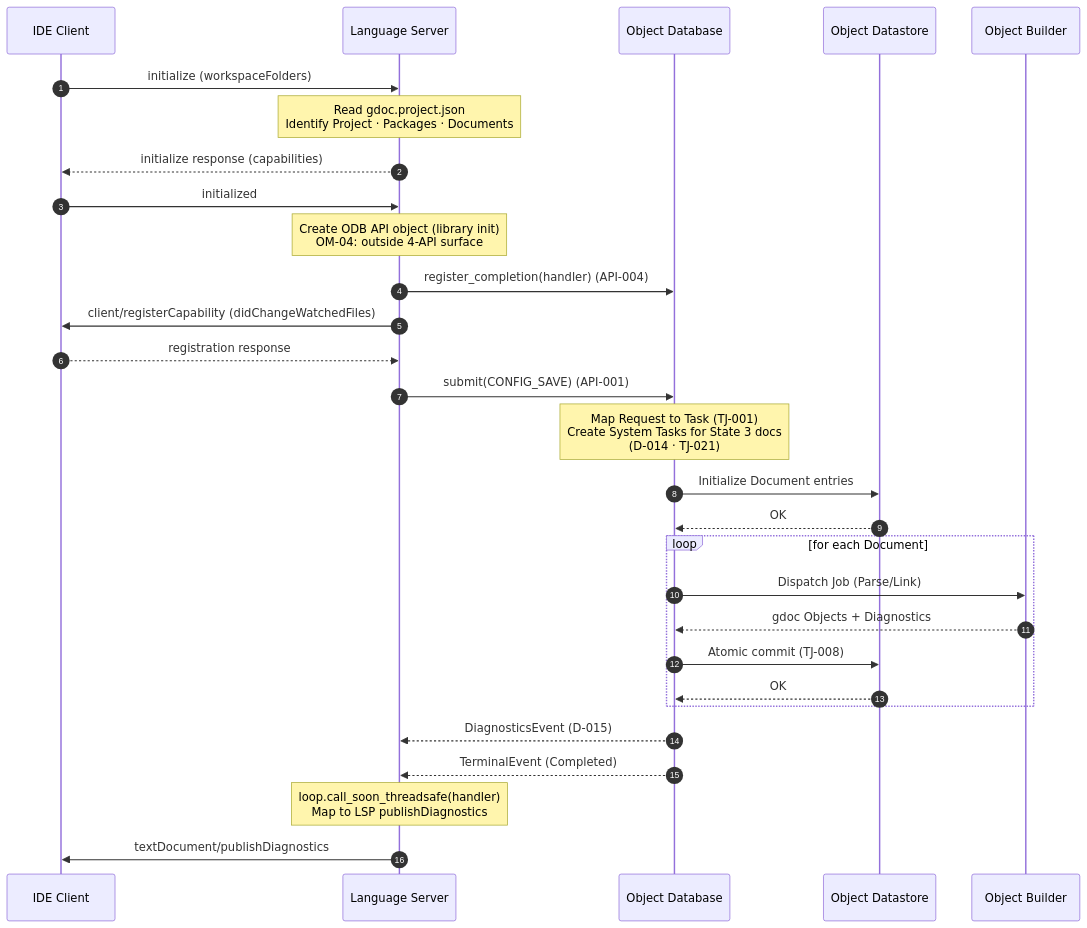
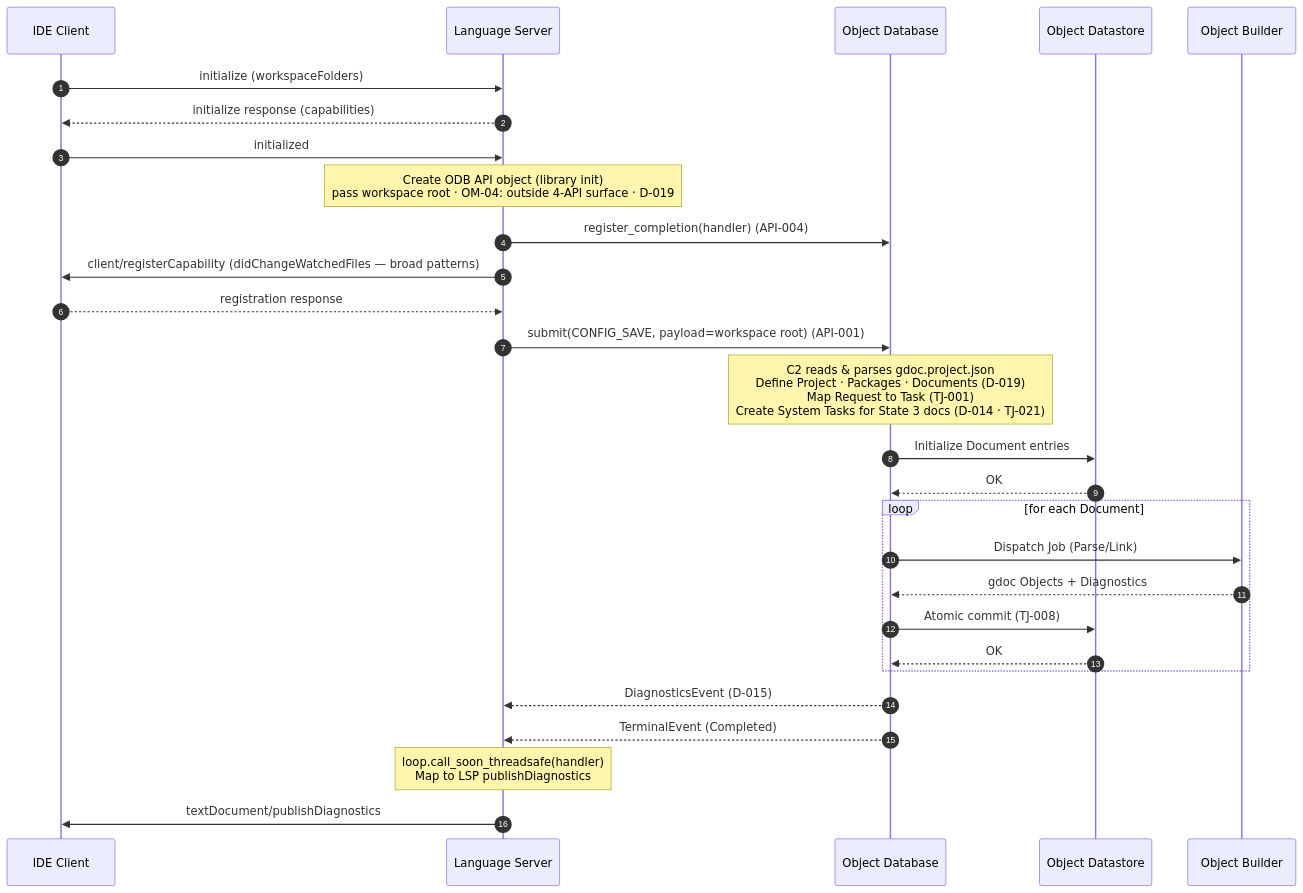
Before and after one commit to tyskdm/gdoc: the diagram in docs/architecture/gdocServer/usecases/UC-001_OpenWorkspace.md, drawn with Mermaid. The commit also changed other lines of this file and 6 other files, not shown here.

First line of the commit message:
docs: ODB owns workspace config scoping (D-019)

````diff
--- a/docs/architecture/gdocServer/usecases/UC-001_OpenWorkspace.md
+++ b/docs/architecture/gdocServer/usecases/UC-001_OpenWorkspace.md
@@ -166,32 +176,31 @@
 ```mermaid
 sequenceDiagram
     autonumber
     participant IDE as IDE Client
     participant C1 as Language Server
     participant C2 as Object Database
     participant C3 as Object Datastore
     participant C4 as Object Builder
 
     IDE->>C1: initialize (workspaceFolders)
-    Note over C1: Read gdoc.project.json<br/>Identify Project · Packages · Documents
     C1-->>IDE: initialize response (capabilities)
     IDE->>C1: initialized
-    Note over C1: Create ODB API object (library init)<br/>OM-04: outside 4-API surface
+    Note over C1: Create ODB API object (library init)<br/>pass workspace root · OM-04: outside 4-API surface · D-019
     C1->>C2: register_completion(handler) (API-004)
-    C1->>IDE: client/registerCapability (didChangeWatchedFiles)
+    C1->>IDE: client/registerCapability (didChangeWatchedFiles — broad patterns)
     IDE-->>C1: registration response
-    C1->>C2: submit(CONFIG_SAVE) (API-001)
-    Note over C2: Map Request to Task (TJ-001)<br/>Create System Tasks for State 3 docs<br/>(D-014 · TJ-021)
+    C1->>C2: submit(CONFIG_SAVE, payload=workspace root) (API-001)
+    Note over C2: C2 reads & parses gdoc.project.json<br/>Define Project · Packages · Documents (D-019)<br/>Map Request to Task (TJ-001)<br/>Create System Tasks for State 3 docs (D-014 · TJ-021)
     C2->>C3: Initialize Document entries
     C3-->>C2: OK
     loop for each Document
         C2->>C4: Dispatch Job (Parse/Link)
         C4-->>C2: gdoc Objects + Diagnostics
         C2->>C3: Atomic commit (TJ-008)
         C3-->>C2: OK
     end
     C2-->>C1: DiagnosticsEvent (D-015)
     C2-->>C1: TerminalEvent (Completed)
     Note over C1: loop.call_soon_threadsafe(handler)<br/>Map to LSP publishDiagnostics
     C1->>IDE: textDocument/publishDiagnostics
 ```
````
